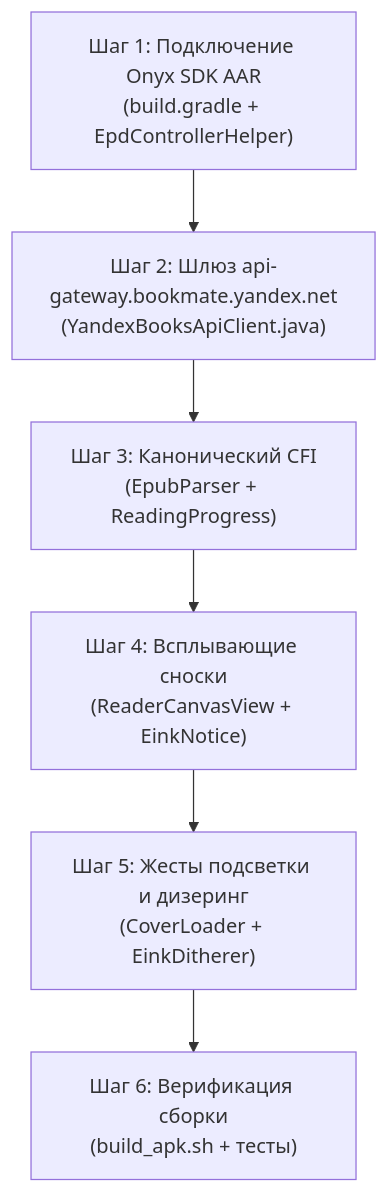
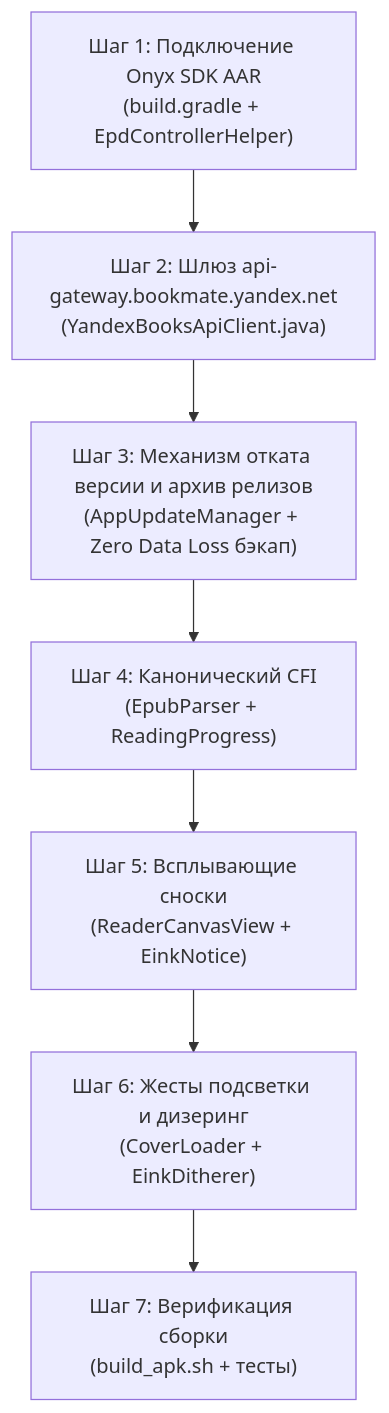
Before and after one commit to litvaerickson-spec/onyx-yandex-books: the diagram in UPGRADE_AND_IMPLEMENTATION_SPEC.md, drawn with Mermaid. The commit also changed other lines of this file, not shown here.

Commit message:
docs(spec): add module 9 rollback architecture to phase 1 priority plan in upgrade spec

````diff
--- a/UPGRADE_AND_IMPLEMENTATION_SPEC.md
+++ b/UPGRADE_AND_IMPLEMENTATION_SPEC.md
@@ -408,8 +450,9 @@
 ```mermaid
 flowchart TD
     Step1["Шаг 1: Подключение Onyx SDK AAR<br/>(build.gradle + EpdControllerHelper)"] --> Step2["Шаг 2: Шлюз api-gateway.bookmate.yandex.net<br/>(YandexBooksApiClient.java)"]
-    Step2 --> Step3["Шаг 3: Канонический CFI<br/>(EpubParser + ReadingProgress)"]
-    Step3 --> Step4["Шаг 4: Всплывающие сноски<br/>(ReaderCanvasView + EinkNotice)"]
-    Step4 --> Step5["Шаг 5: Жесты подсветки и дизеринг<br/>(CoverLoader + EinkDitherer)"]
-    Step5 --> Step6["Шаг 6: Верификация сборки<br/>(build_apk.sh + тесты)"]
+    Step2 --> Step3["Шаг 3: Механизм отката версии и архив релизов<br/>(AppUpdateManager + Zero Data Loss бэкап)"]
+    Step3 --> Step4["Шаг 4: Канонический CFI<br/>(EpubParser + ReadingProgress)"]
+    Step4 --> Step5["Шаг 5: Всплывающие сноски<br/>(ReaderCanvasView + EinkNotice)"]
+    Step5 --> Step6["Шаг 6: Жесты подсветки и дизеринг<br/>(CoverLoader + EinkDitherer)"]
+    Step6 --> Step7["Шаг 7: Верификация сборки<br/>(build_apk.sh + тесты)"]
 ```
````
